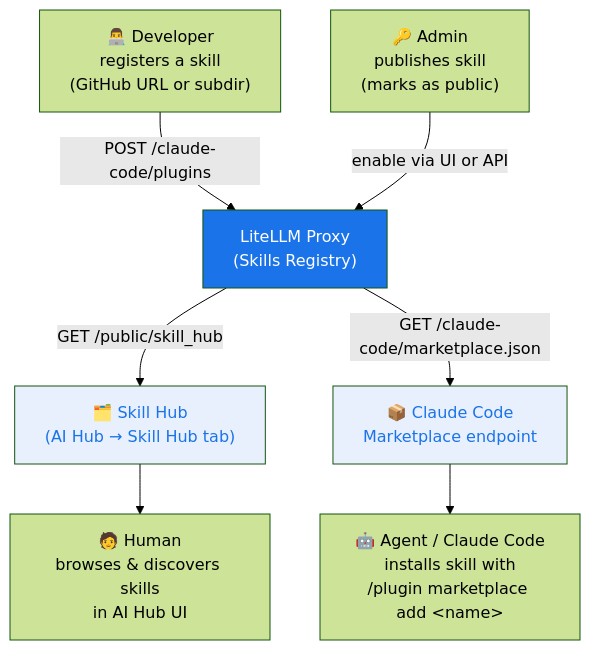
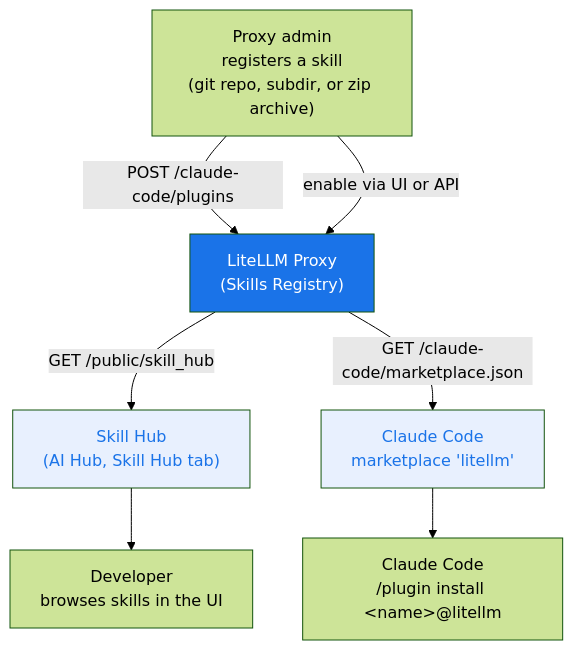
The diagram in docs/skills_gateway.md (BerriAI/litellm-docs), drawn with Mermaid (forest theme) before and after one commit. The commit also changed other lines of this file and 1 other file, not shown here.

Commit message:
docs(skills): sync Skills Gateway and plugin marketplace pages with current proxy behavior

````diff
--- a/docs/skills_gateway.md
+++ b/docs/skills_gateway.md
@@ -9,16 +9,15 @@
 ```mermaid
 graph TD
-    Dev["👨‍💻 Developer<br/>registers a skill<br/>(GitHub URL or subdir)"] -->|POST /claude-code/plugins| Proxy["LiteLLM Proxy<br/>(Skills Registry)"]
+    Admin["Proxy admin<br/>registers a skill<br/>(git repo, subdir, or zip archive)"] -->|POST /claude-code/plugins| Proxy["LiteLLM Proxy<br/>(Skills Registry)"]
+    Admin -->|enable via UI or API| Proxy
 
-    Admin["🔑 Admin<br/>publishes skill<br/>(marks as public)"] -->|enable via UI or API| Proxy
+    Proxy -->|GET /public/skill_hub| SkillHub["Skill Hub<br/>(AI Hub, Skill Hub tab)"]
+    Proxy -->|GET /claude-code/marketplace.json| Marketplace["Claude Code<br/>marketplace 'litellm'"]
 
-    Proxy -->|GET /public/skill_hub| SkillHub["🗂️ Skill Hub<br/>(AI Hub → Skill Hub tab)"]
-    Proxy -->|GET /claude-code/marketplace.json| Marketplace["📦 Claude Code<br/>Marketplace endpoint"]
-
-    SkillHub --> Human["🧑 Human<br/>browses & discovers skills<br/>in AI Hub UI"]
-    Marketplace --> Agent["🤖 Agent / Claude Code<br/>installs skill with<br/>/plugin marketplace add &lt;name&gt;"]
+    SkillHub --> Human["Developer<br/>browses skills in the UI"]
+    Marketplace --> Agent["Claude Code<br/>/plugin install &lt;name&gt;@litellm"]
 
     style Proxy fill:#1a73e8,color:#fff
     style SkillHub fill:#e8f0fe,color:#1a73e8
     style Marketplace fill:#e8f0fe,color:#1a73e8
 ```
````
